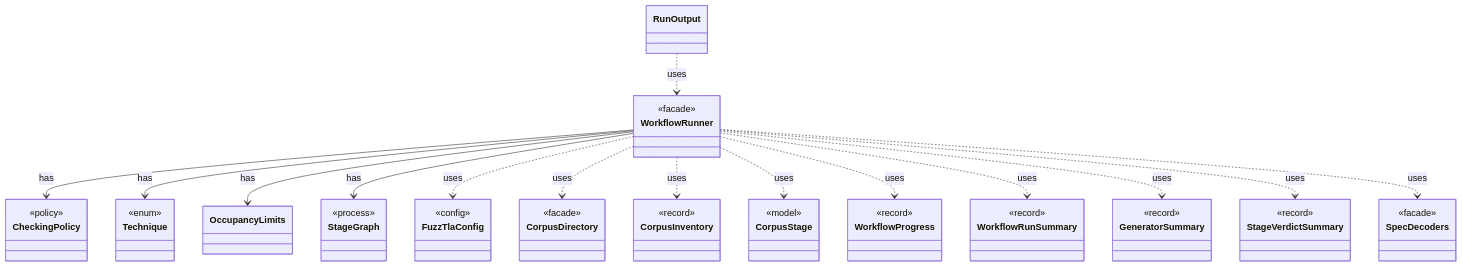
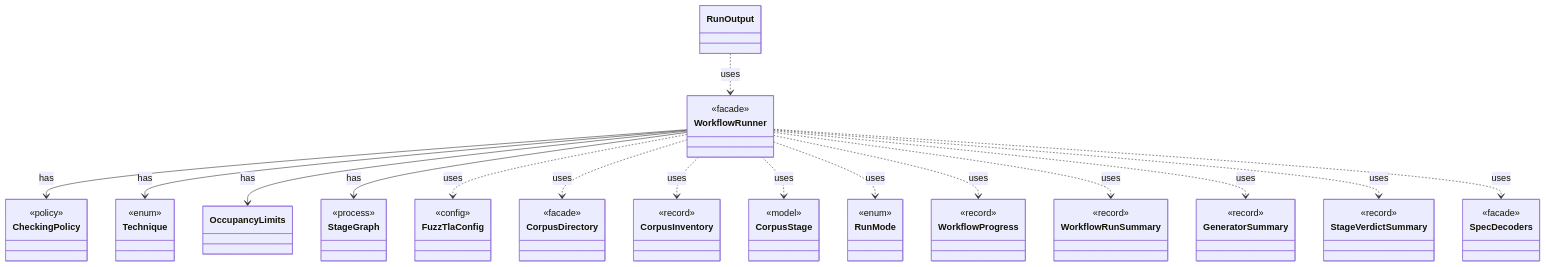
One commit to tlaplus/model-checker-hardening changed the diagram in dev/types/io.github.tlaplus.hardening.workflow.WorkflowRunner.md. Above: the diagram before and after it, drawn with Mermaid. The commit also changed other lines of this file and 402 other files, not shown here.

````diff
--- a/dev/types/io.github.tlaplus.hardening.workflow.WorkflowRunner.md
+++ b/dev/types/io.github.tlaplus.hardening.workflow.WorkflowRunner.md
@@ -7,58 +7,62 @@
 ```mermaid
 classDiagram
   class WorkflowRunner {
     <<facade>>
   }
   class CheckingPolicy {
     <<policy>>
   }
   class Technique {
     <<enum>>
   }
   class OccupancyLimits
   class StageGraph {
     <<process>>
   }
   class FuzzTlaConfig {
     <<config>>
   }
   class CorpusDirectory {
     <<facade>>
   }
   class CorpusInventory {
     <<record>>
   }
   class CorpusStage {
     <<model>>
   }
+  class RunMode {
+    <<enum>>
+  }
   class WorkflowProgress {
     <<record>>
   }
   class WorkflowRunSummary {
     <<record>>
   }
   class GeneratorSummary {
     <<record>>
   }
   class StageVerdictSummary {
     <<record>>
   }
   class SpecDecoders {
     <<facade>>
   }
   class RunOutput
   WorkflowRunner --> CheckingPolicy : has
   WorkflowRunner --> Technique : has
   WorkflowRunner --> OccupancyLimits : has
   WorkflowRunner --> StageGraph : has
   WorkflowRunner ..> FuzzTlaConfig : uses
   WorkflowRunner ..> CorpusDirectory : uses
   WorkflowRunner ..> CorpusInventory : uses
   WorkflowRunner ..> CorpusStage : uses
+  WorkflowRunner ..> RunMode : uses
   WorkflowRunner ..> WorkflowProgress : uses
   WorkflowRunner ..> WorkflowRunSummary : uses
   WorkflowRunner ..> GeneratorSummary : uses
   WorkflowRunner ..> StageVerdictSummary : uses
   WorkflowRunner ..> SpecDecoders : uses
   RunOutput ..> WorkflowRunner : uses
 ```
````
